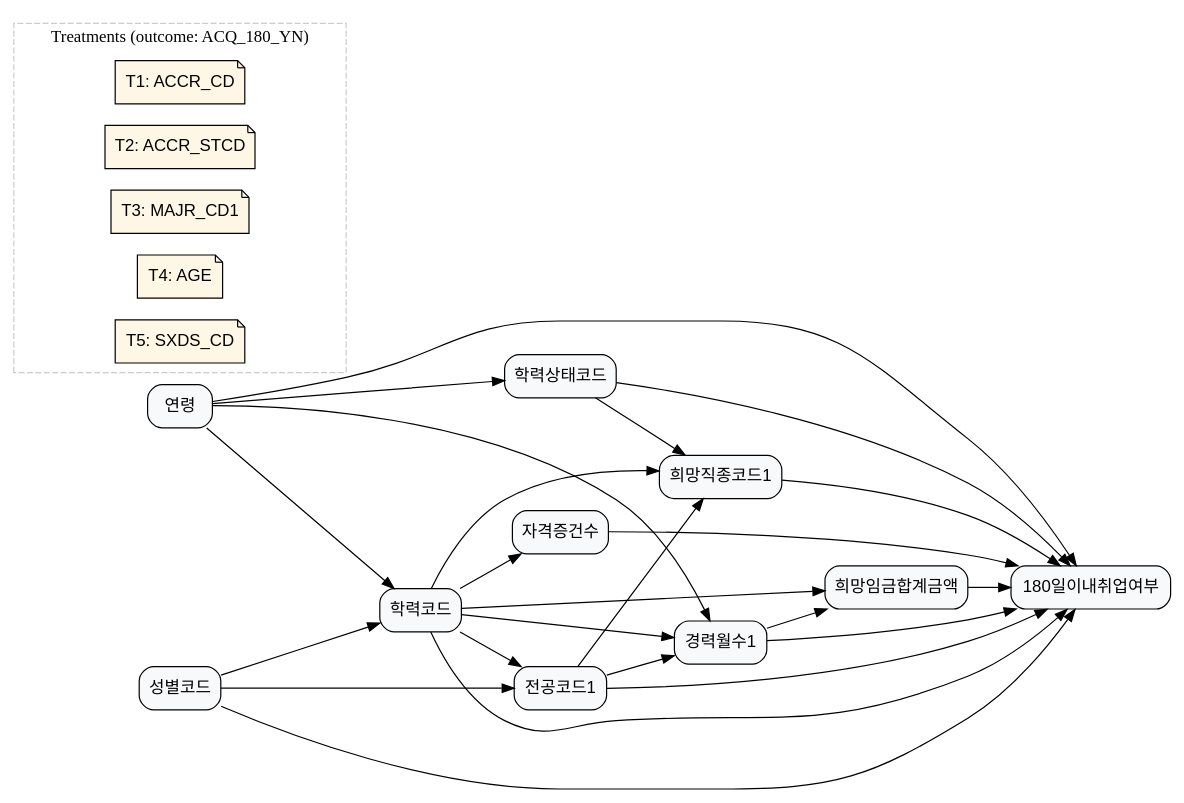
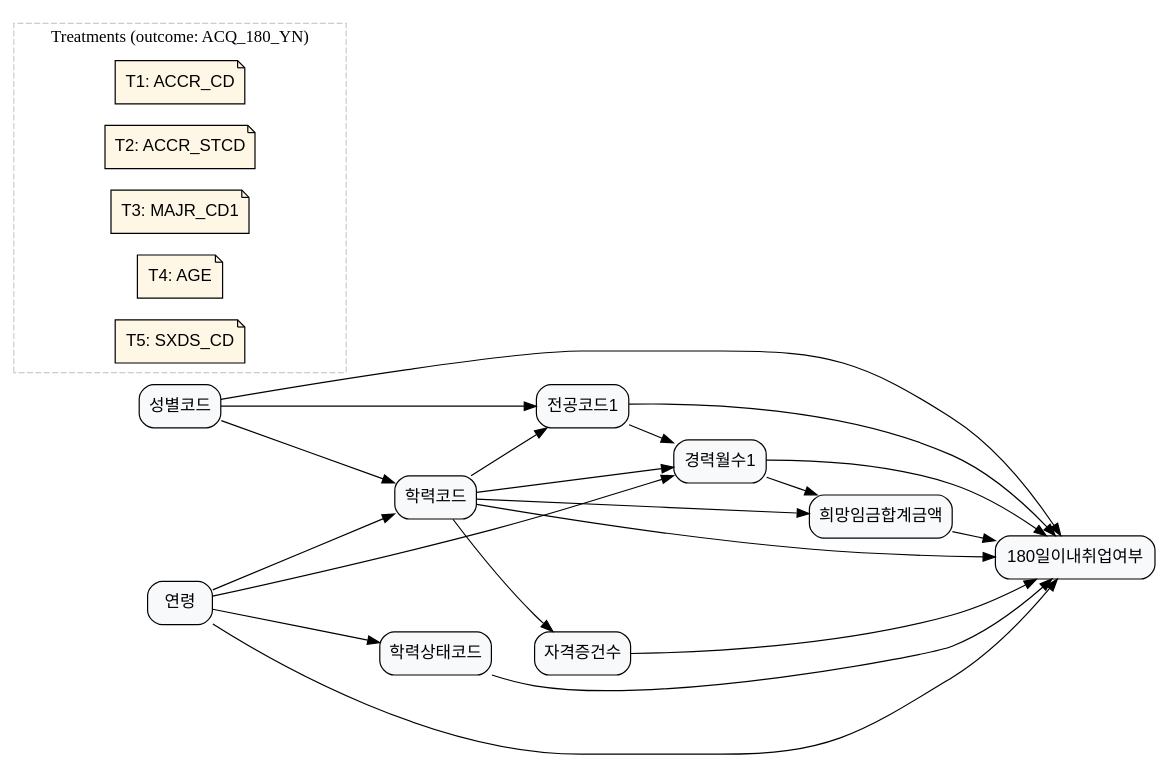
The diagram in laborlab_2/data/graph_data/graph_8.dot (KU-LIM-Lab/dowhy-deep), drawn with Graphviz before and after one commit. The commit also changed 67 other files, not shown here.

Commit message:
graph examined and updated. graph_31-40 newly added. graph visualization added

```diff
--- a/laborlab_2/data/graph_data/graph_8.dot
+++ b/laborlab_2/data/graph_data/graph_8.dot
@@ -1,49 +1,44 @@
 digraph G {
 rankdir=LR;
 node [fillcolor="#F8F9FB", fontname="Helvetica", shape=box, style="rounded,filled"];
 ACQ_180_YN [label="180일이내취업여부"];
 ACCR_CD [label="학력코드"];
 ACCR_STCD [label="학력상태코드"];
 MAJR_CD1 [label="전공코드1"];
 AGE [label="연령"];
 SXDS_CD [label="성별코드"];
 CARR_MYCT1 [label="경력월수1"];
-HOPE_JSCD1 [label="희망직종코드1"];
 HOPE_WAGE_SM_AMT [label="희망임금합계금액"];
 CRQF_CT [label="자격증건수"];
 SXDS_CD -> ACCR_CD;
 SXDS_CD -> MAJR_CD1;
 AGE -> ACCR_CD;
 AGE -> ACCR_STCD;
 AGE -> CARR_MYCT1;
 ACCR_CD -> MAJR_CD1;
 ACCR_CD -> CARR_MYCT1;
-ACCR_CD -> HOPE_JSCD1;
 ACCR_CD -> HOPE_WAGE_SM_AMT;
 ACCR_CD -> CRQF_CT;
-ACCR_STCD -> HOPE_JSCD1;
 MAJR_CD1 -> CARR_MYCT1;
-MAJR_CD1 -> HOPE_JSCD1;
 CARR_MYCT1 -> HOPE_WAGE_SM_AMT;
 CARR_MYCT1 -> ACQ_180_YN;
 CRQF_CT -> ACQ_180_YN;
-HOPE_JSCD1 -> ACQ_180_YN;
 HOPE_WAGE_SM_AMT -> ACQ_180_YN;
 ACCR_CD -> ACQ_180_YN;
 ACCR_STCD -> ACQ_180_YN;
 MAJR_CD1 -> ACQ_180_YN;
 AGE -> ACQ_180_YN;
 SXDS_CD -> ACQ_180_YN;
 subgraph cluster_treatments {
 color="#CCCCCC";
 label="Treatments (outcome: ACQ_180_YN)";
 style=dashed;
 node [fillcolor="#FFF7E6", fontname="Helvetica", shape=note, style="rounded,filled"];
 T1 [label="T1: ACCR_CD", role="treatment_meta", treatment_def="학력코드 수준 차이의 효과", treatment_name="ACCR_CD", treatment_question="최종학력이 다른 구직자 간 6개월 내 취업 확률 차이?", treatment_var="ACCR_CD"];
 T2 [label="T2: ACCR_STCD", role="treatment_meta", treatment_def="학력상태(재학·졸업 등) 차이의 효과", treatment_name="ACCR_STCD", treatment_question="재학/졸업 상태가 다른 구직자 간 6개월 내 취업 확률 차이?", treatment_var="ACCR_STCD"];
 T3 [label="T3: MAJR_CD1", role="treatment_meta", treatment_def="전공코드 차이의 효과", treatment_name="MAJR_CD1", treatment_question="전공이 다른 구직자 간 6개월 내 취업 확률 차이?", treatment_var="MAJR_CD1"];
 T4 [label="T4: AGE", role="treatment_meta", treatment_def="연령 수준 차이의 효과", treatment_name="AGE", treatment_question="연령이 다른 구직자 간 6개월 내 취업 확률 차이?", treatment_var="AGE"];
 T5 [label="T5: SXDS_CD", role="treatment_meta", treatment_def="성별코드 차이의 효과", treatment_name="SXDS_CD", treatment_question="성별이 다른 구직자 간 6개월 내 취업 확률 차이?", treatment_var="SXDS_CD"];
 }
 
 }
```
